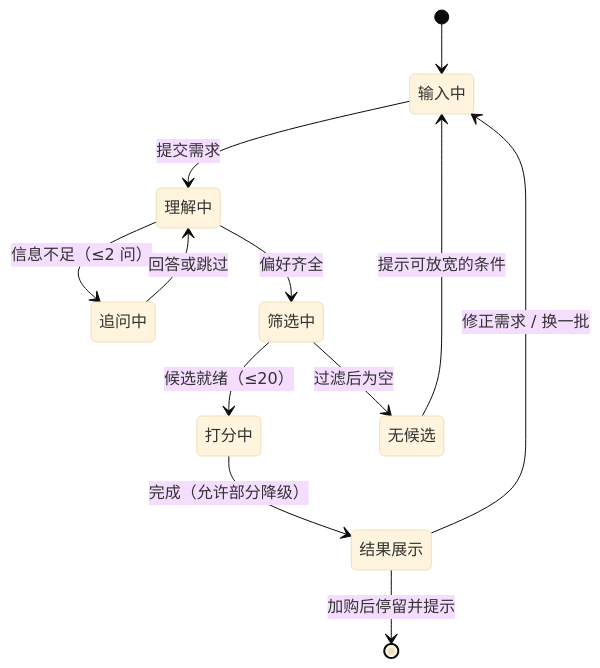
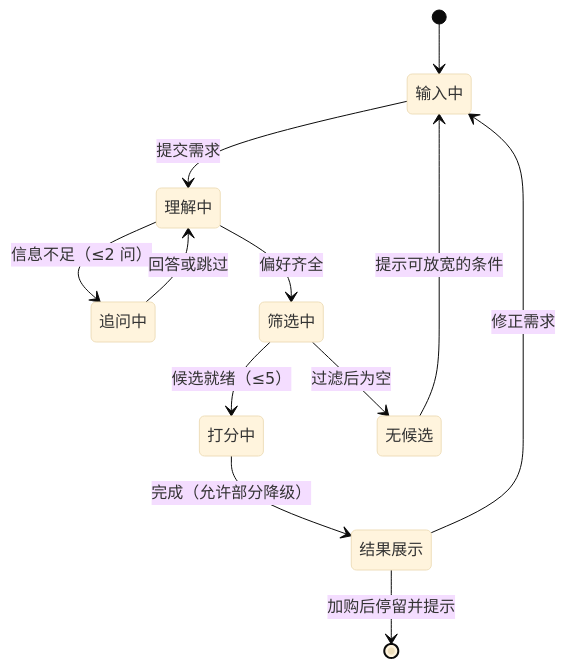
The eighth of 12 diagrams in docs/PRD.md (yanghheda/mealmind), drawn with Mermaid (base theme) before and after one commit. The commit also changed other lines of this file and 1 other file, not shown here.

````diff
--- a/docs/PRD.md
+++ b/docs/PRD.md
@@ -273,14 +273,14 @@
 ```mermaid
 stateDiagram-v2
     [*] --> 输入中
     输入中 --> 理解中: 提交需求
     理解中 --> 追问中: 信息不足（≤2 问）
     追问中 --> 理解中: 回答或跳过
     理解中 --> 筛选中: 偏好齐全
-    筛选中 --> 打分中: 候选就绪（≤20）
+    筛选中 --> 打分中: 候选就绪（≤5）
     筛选中 --> 无候选: 过滤后为空
     无候选 --> 输入中: 提示可放宽的条件
     打分中 --> 结果展示: 完成（允许部分降级）
-    结果展示 --> 输入中: 修正需求 / 换一批
+    结果展示 --> 输入中: 修正需求
     结果展示 --> [*]: 加购后停留并提示
 ```
````
